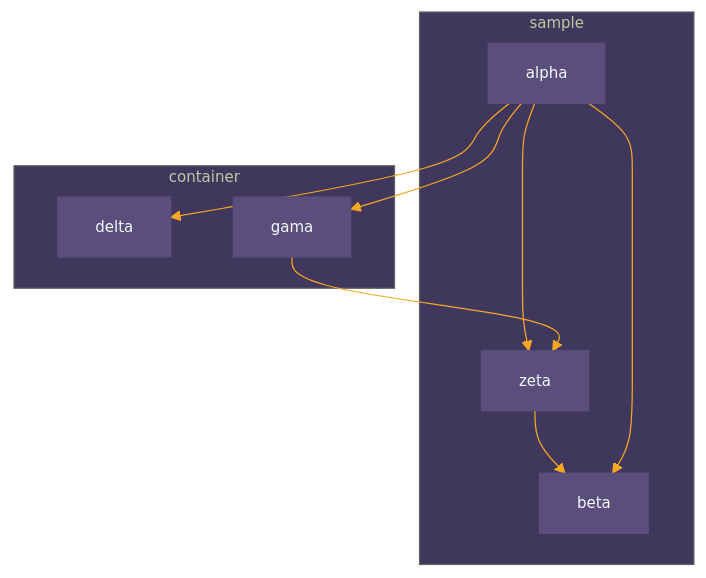
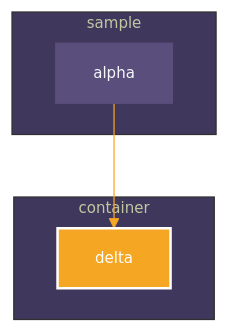
One commit to iurysza/module-graph changed the diagram in sample/README.md. Above: the diagram before and after it, drawn with Mermaid. The commit also changed 1 other file, not shown here.

Commit message:
Update sample config

````diff
--- a/sample/README.md
+++ b/sample/README.md
@@ -3,26 +3,20 @@
 ```mermaid
 %%{
   init: {
     'theme': 'base',
-	'themeVariables': {"primaryTextColor":"#F6F8FAff","primaryColor":"#5a4f7c","primaryBorderColor":"#5a4f7c","tertiaryColor":"#40375c","lineColor":"#f5a623","fontSize":"12px","darkMode":"false"}
+	'themeVariables': {"primaryTextColor":"#F6F8FAff","primaryColor":"#5a4f7c","primaryBorderColor":"#5a4f7c","tertiaryColor":"#40375c","lineColor":"#f5a623","fontSize":"12px"}
   }
 }%%
 
 graph TB
   subgraph sample
     alpha
-    beta
-    zeta
   end
   subgraph container
     delta
-    gama
   end
-  zeta --> beta
-  alpha --> zeta
-  alpha --> beta
-  alpha --> gama
   alpha --> delta
-  gama --> zeta
 
+classDef focus fill:#F5A622,stroke:#fff,stroke-width:2px,color:#fff;
+class delta focus
 ```
````
